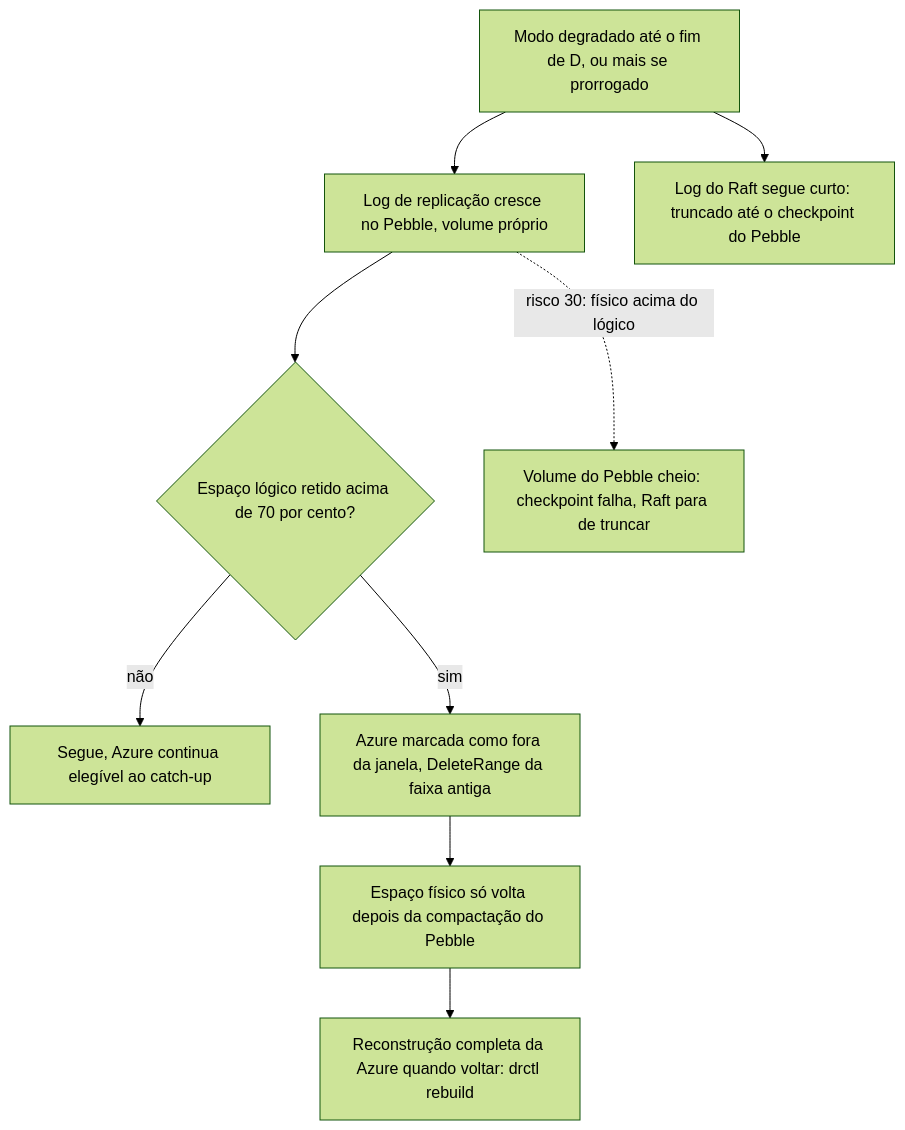
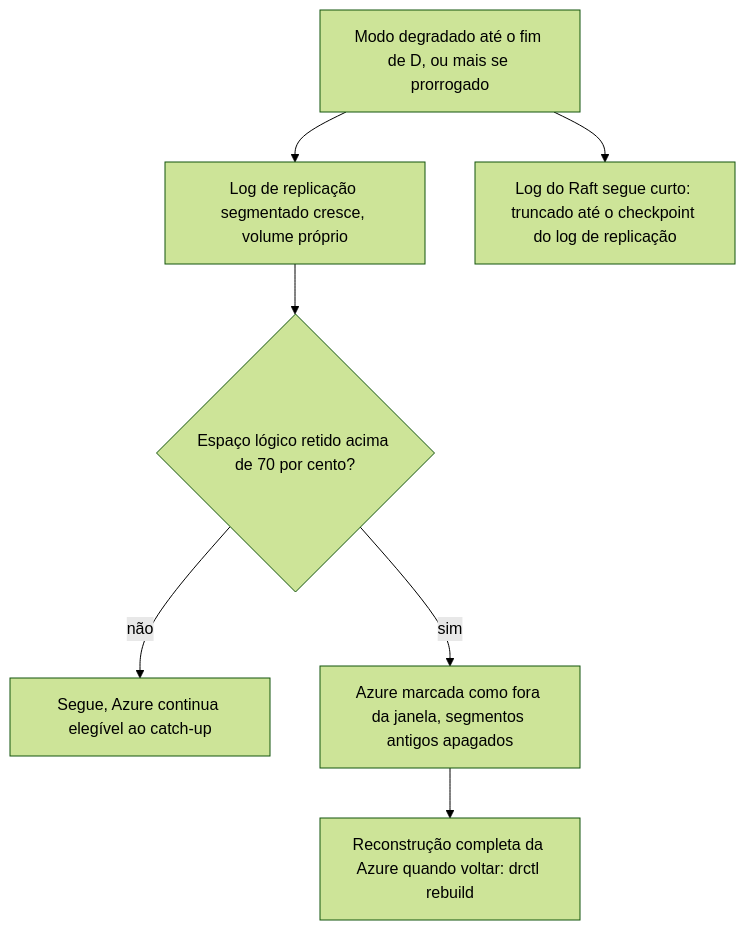
Before and after one commit to brbarmex/k: the diagram in 02_cenarios/atualizados/C29-disco-do-log-em-degradacao-longa.md, drawn with Mermaid (forest theme). The commit also changed other lines of this file and 40 other files, not shown here.

First line of the commit message:
Troca o Pebble por log de replicação segmentado (ADR-055) e implementa o fluxo no código de exemplo

````diff
--- a/02_cenarios/atualizados/C29-disco-do-log-em-degradacao-longa.md
+++ b/02_cenarios/atualizados/C29-disco-do-log-em-degradacao-longa.md
@@ -19,11 +19,9 @@
 ```mermaid
 flowchart TD
-    A["Modo degradado até o fim de D, ou mais se prorrogado"] --> B["Log de replicação cresce no Pebble, volume próprio"]
-    A --> R["Log do Raft segue curto: truncado até o checkpoint do Pebble"]
+    A["Modo degradado até o fim de D, ou mais se prorrogado"] --> B["Log de replicação segmentado cresce, volume próprio"]
+    A --> R["Log do Raft segue curto: truncado até o checkpoint do log de replicação"]
     B --> C{"Espaço lógico retido acima de 70 por cento?"}
     C -->|"não"| D["Segue, Azure continua elegível ao catch-up"]
-    C -->|"sim"| E["Azure marcada como fora da janela, DeleteRange da faixa antiga"]
-    E --> G["Espaço físico só volta depois da compactação do Pebble"]
-    G --> F["Reconstrução completa da Azure quando voltar: drctl rebuild"]
-    B -.->|"risco 30: físico acima do lógico"| H["Volume do Pebble cheio: checkpoint falha, Raft para de truncar"]
+    C -->|"sim"| E["Azure marcada como fora da janela, segmentos antigos apagados"]
+    E --> F["Reconstrução completa da Azure quando voltar: drctl rebuild"]
 ```
````
